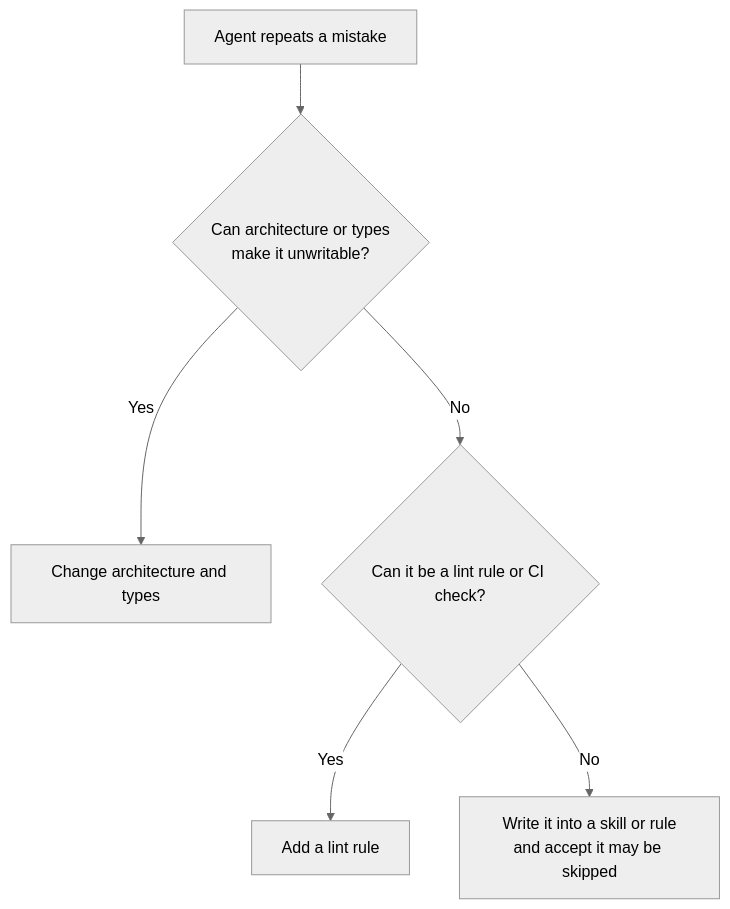
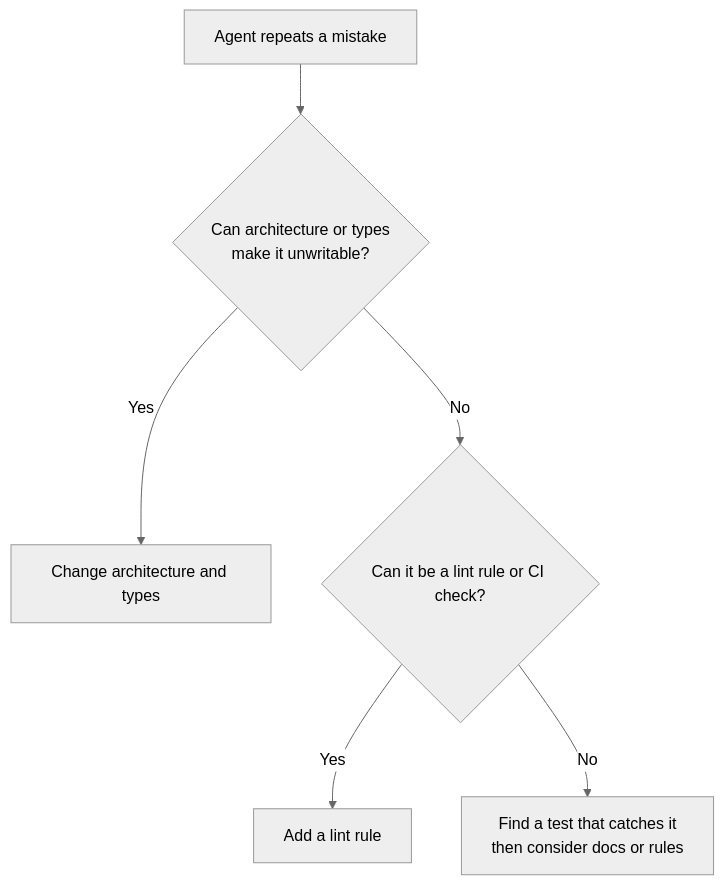
One commit to vincentxuu/quidproquo changed the diagram in src/content/posts/ai/2026-10-07-poteto-trust-ladder-verification-first-en.md. Above: the diagram before and after it, drawn with Mermaid (neutral theme). The commit also changed other lines of this file and 7 other files, not shown here.

````diff
--- a/src/content/posts/ai/2026-10-07-poteto-trust-ladder-verification-first-en.md
+++ b/src/content/posts/ai/2026-10-07-poteto-trust-ladder-verification-first-en.md
@@ -75,8 +74,8 @@
 ```mermaid
 flowchart TD
     A[Agent repeats a mistake] --> B{Can architecture or types<br/>make it unwritable?}
     B -->|Yes| C[Change architecture and types]
     B -->|No| D{Can it be a lint rule or CI check?}
     D -->|Yes| E[Add a lint rule]
-    D -->|No| F[Write it into a skill or rule<br/>and accept it may be skipped]
+    D -->|No| F[Find a test that catches it<br/>then consider docs or rules]
 ```
````
